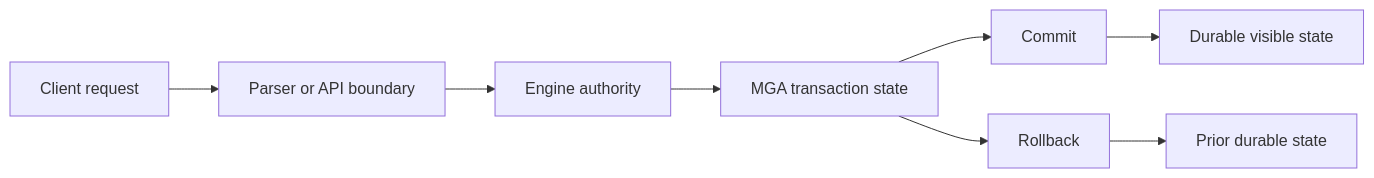
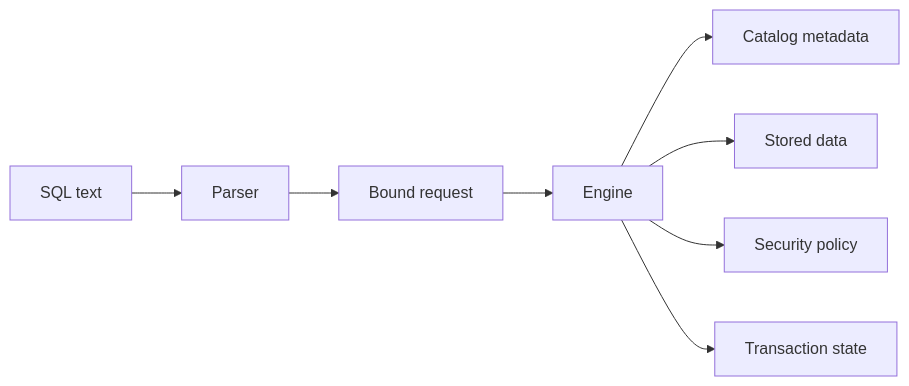
Before and after one commit to scratchbird-software-inc/ScratchBird: the first of 2 diagrams in docs/documentation/draft/Getting_Started/core_concepts/what_is_a_database.md, drawn with Mermaid. The commit also changed other lines of this file and 23 other files, not shown here.

````diff
--- a/docs/documentation/draft/Getting_Started/core_concepts/what_is_a_database.md
+++ b/docs/documentation/draft/Getting_Started/core_concepts/what_is_a_database.md
@@ -34,10 +72,10 @@
 ```mermaid
 flowchart LR
-    Client[Client request] --> Parser[Parser or API boundary]
-    Parser --> Engine[Engine authority]
-    Engine --> Txn[MGA transaction state]
-    Txn --> Commit[Commit]
-    Txn --> Rollback[Rollback]
-    Commit --> Visible[Durable visible state]
-    Rollback --> Prior[Prior durable state]
+    Text[SQL text] --> Parser[Parser]
+    Parser --> Request[Bound request]
+    Request --> Engine[Engine]
+    Engine --> Catalog[Catalog metadata]
+    Engine --> Storage[Stored data]
+    Engine --> Security[Security policy]
+    Engine --> Txn[Transaction state]
 ```
````
